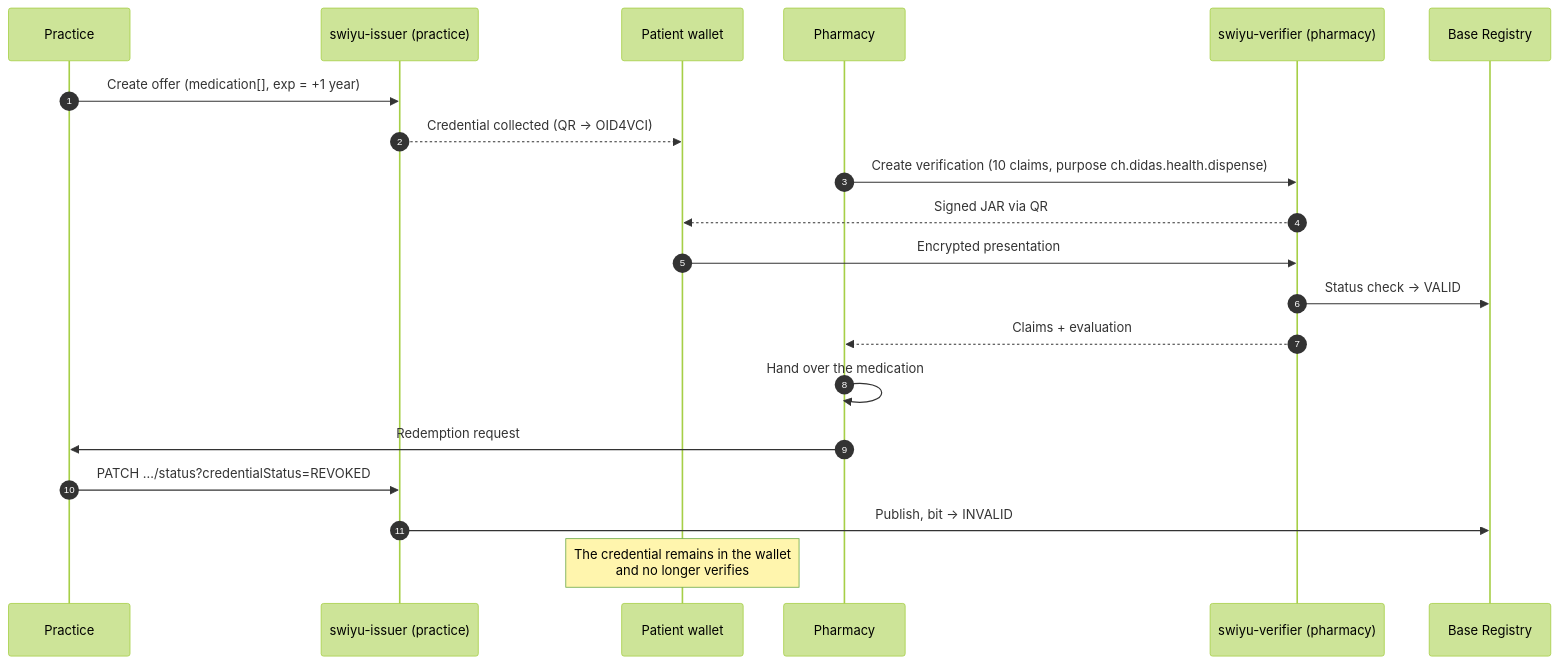
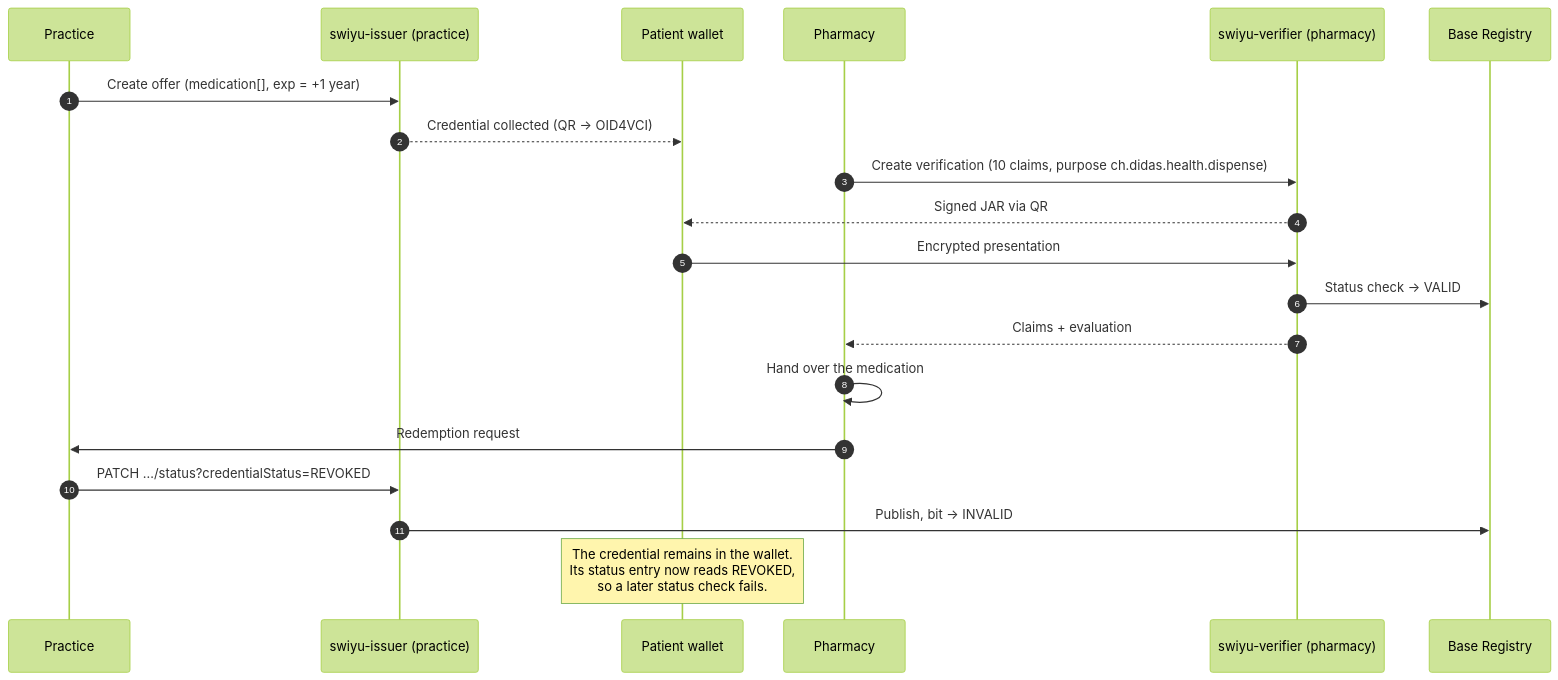
One commit to Accelerate-GmbH/digital-health-swiyu-vaccination changed the diagram in flows/F-05-prescription-redemption.md. Above: the diagram before and after it, drawn with Mermaid (forest theme). The commit also changed 9 other files, not shown here.

````diff
--- a/flows/F-05-prescription-redemption.md
+++ b/flows/F-05-prescription-redemption.md
@@ -59,23 +59,23 @@
 ```mermaid
 sequenceDiagram
     autonumber
     participant P as Practice
     participant GI as swiyu-issuer (practice)
     participant W as Patient wallet
     participant Ph as Pharmacy
     participant GV as swiyu-verifier (pharmacy)
     participant BR as Base Registry
 
     P->>GI: Create offer (medication[], exp = +1 year)
     GI-->>W: Credential collected (QR → OID4VCI)
     Ph->>GV: Create verification (10 claims, purpose ch.didas.health.dispense)
     GV-->>W: Signed JAR via QR
     W->>GV: Encrypted presentation
     GV->>BR: Status check → VALID
     GV-->>Ph: Claims + evaluation
     Ph->>Ph: Hand over the medication
     Ph->>P: Redemption request
     P->>GI: PATCH …/status?credentialStatus=REVOKED
     GI->>BR: Publish, bit → INVALID
-    Note over W: The credential remains in the wallet<br/>and no longer verifies
+    Note over W: The credential remains in the wallet.<br/>Its status entry now reads REVOKED,<br/>so a later status check fails.
 ```
````
